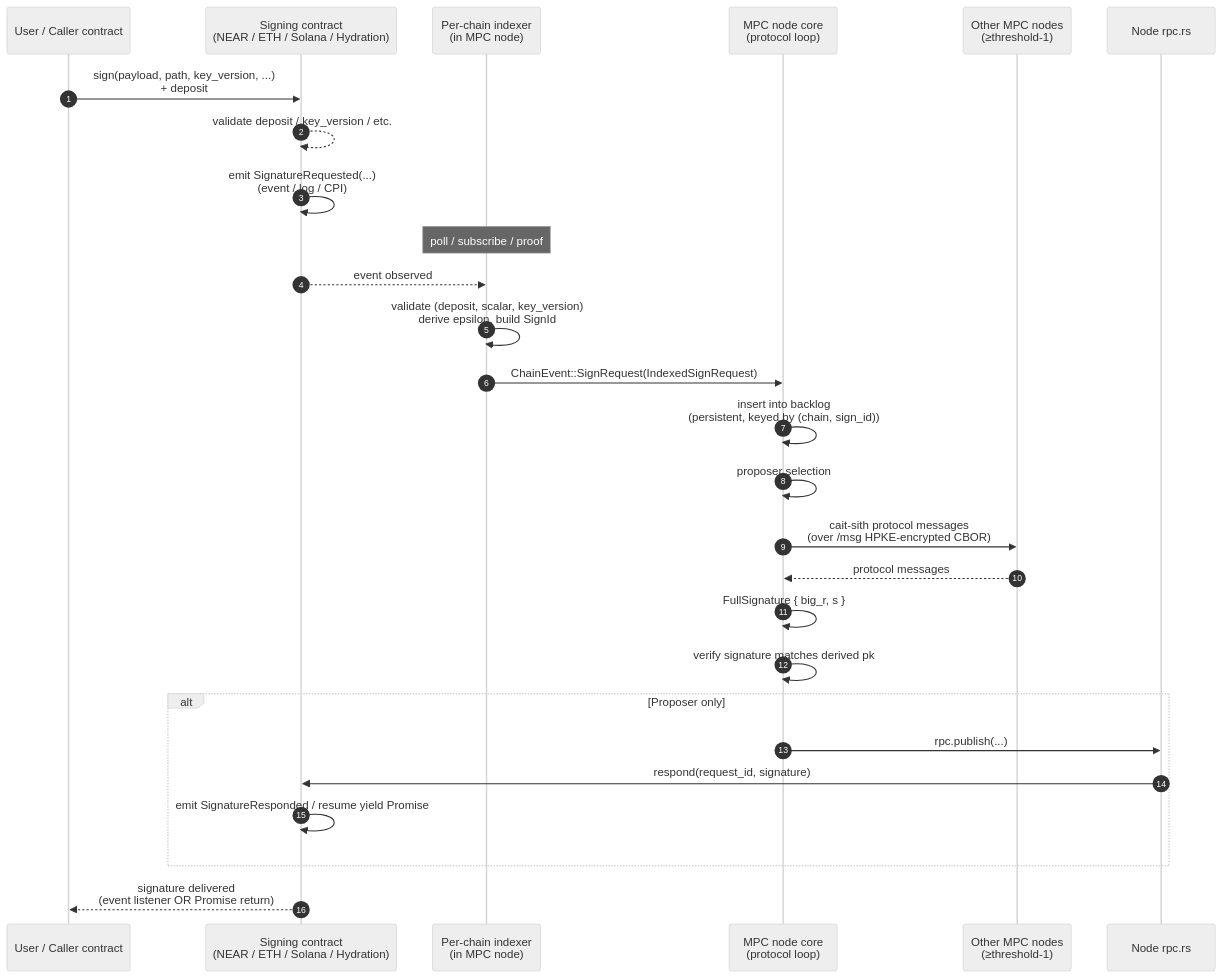
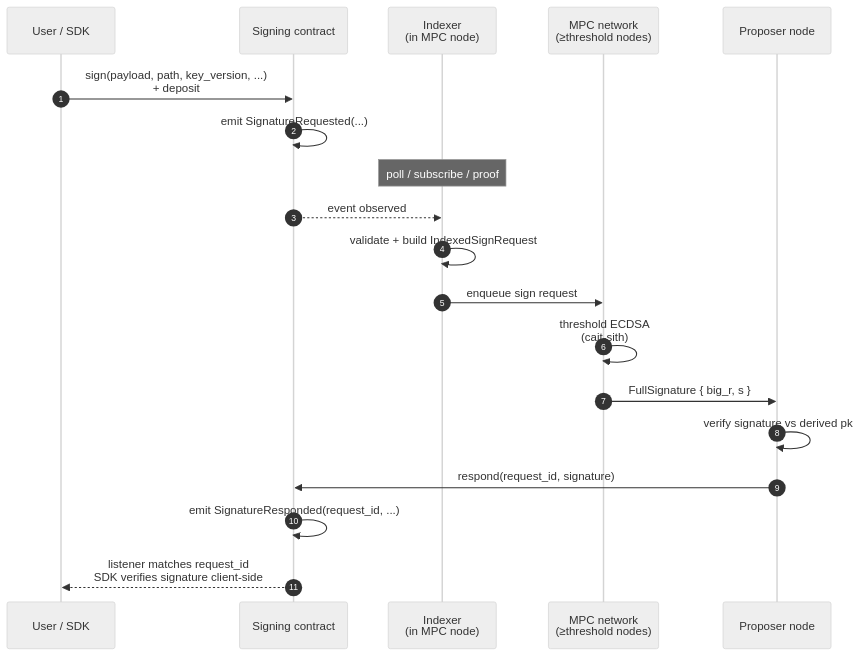
Before and after one commit to BRBussy/mpc: the first of 3 diagrams in doc/onboarding/02-architecture.md, drawn with Mermaid (neutral theme). The commit also changed other lines of this file, not shown here.

First line of the commit message:
doc: split architecture diagram into three per-flow variants

````diff
--- a/doc/onboarding/02-architecture.md
+++ b/doc/onboarding/02-architecture.md
@@ -25,34 +33,22 @@
 ```mermaid
 sequenceDiagram
     autonumber
-    participant U as User / Caller contract
-    participant C as Signing contract<br/>(NEAR / ETH / Solana / Hydration)
-    participant IDX as Per-chain indexer<br/>(in MPC node)
-    participant NODE as MPC node core<br/>(protocol loop)
-    participant PEERS as Other MPC nodes<br/>(≥threshold-1)
-    participant RPC as Node rpc.rs
+    participant U as User / SDK
+    participant C as Signing contract
+    participant IDX as Indexer<br/>(in MPC node)
+    participant NET as MPC network<br/>(≥threshold nodes)
+    participant PR as Proposer node
 
     U->>C: sign(payload, path, key_version, ...)<br/>+ deposit
-    C-->>C: validate deposit / key_version / etc.
-    C->>C: emit SignatureRequested(...)<br/>(event / log / CPI)
-
+    C->>C: emit SignatureRequested(...)
     Note over IDX: poll / subscribe / proof
     C-->>IDX: event observed
-    IDX->>IDX: validate (deposit, scalar, key_version)<br/>derive epsilon, build SignId
-    IDX->>NODE: ChainEvent::SignRequest(IndexedSignRequest)
-
-    NODE->>NODE: insert into backlog<br/>(persistent, keyed by (chain, sign_id))
-    NODE->>NODE: proposer selection
-    NODE->>PEERS: cait-sith protocol messages<br/>(over /msg HPKE-encrypted CBOR)
-    PEERS-->>NODE: protocol messages
-    NODE->>NODE: FullSignature { big_r, s }
-    NODE->>NODE: verify signature matches derived pk
-
-    alt Proposer only
-        NODE->>RPC: rpc.publish(...)
-        RPC->>C: respond(request_id, signature)
-        C->>C: emit SignatureResponded / resume yield Promise
-    end
-
-    C-->>U: signature delivered<br/>(event listener OR Promise return)
+    IDX->>IDX: validate + build IndexedSignRequest
+    IDX->>NET: enqueue sign request
+    NET->>NET: threshold ECDSA<br/>(cait-sith)
+    NET->>PR: FullSignature { big_r, s }
+    PR->>PR: verify signature vs derived pk
+    PR->>C: respond(request_id, signature)
+    C->>C: emit SignatureResponded(request_id, ...)
+    C-->>U: listener matches request_id<br/>SDK verifies signature client-side
 ```
````
